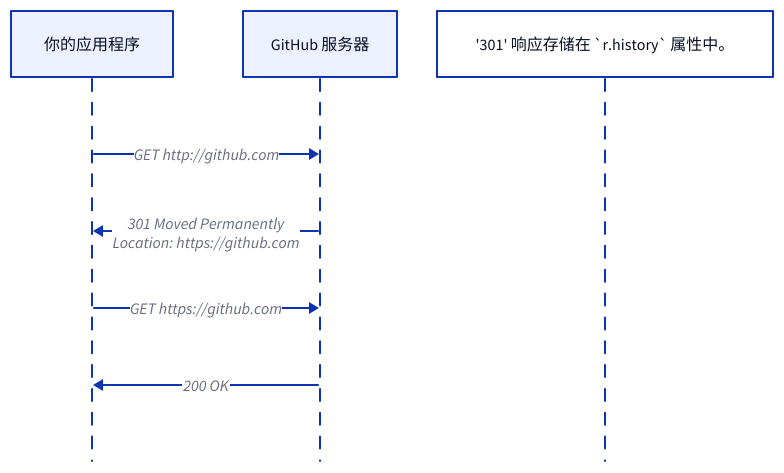
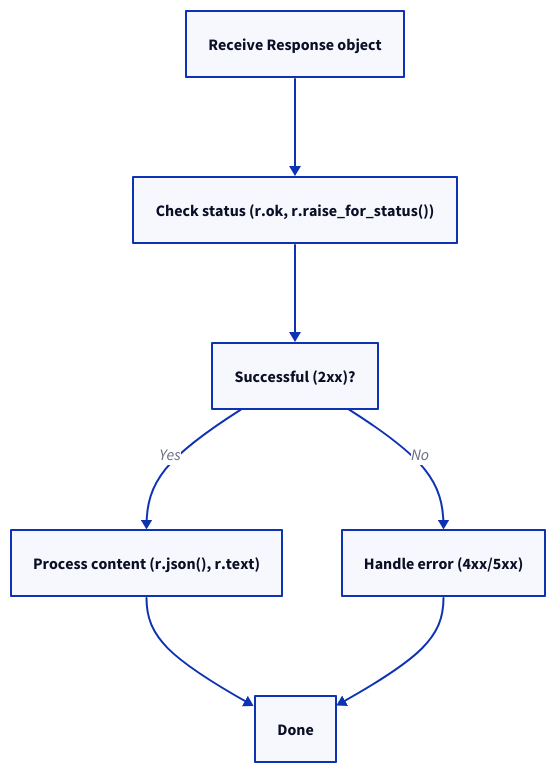
One commit to lban2049/requests changed the diagram in .aigne/doc-smith/docs/user-guide-handling-responses.zh.md. Above: the diagram before and after it, drawn with D2. The commit also changed other lines of this file and 31 other files, not shown here.

````diff
--- a/.aigne/doc-smith/docs/user-guide-handling-responses.zh.md
+++ b/.aigne/doc-smith/docs/user-guide-handling-responses.zh.md
@@ -164,13 +93,17 @@
 ```d2
-shape: sequence_diagram
+direction: down
 
-Client: "你的应用程序"
-Server: "GitHub 服务器"
+response: "Receive Response object"
+check_status: "Check status (r.ok, r.raise_for_status())"
+is_ok: "Successful (2xx)?"
+process: "Process content (r.json(), r.text)"
+handle_error: "Handle error (4xx/5xx)"
+done: "Done"
 
-Client -> Server: "GET http://github.com"
-Server -> Client: "301 Moved Permanently\nLocation: https://github.com"
-Client -> Server: "GET https://github.com"
-Server -> Client: "200 OK"
-
-note over Client, Server: "'301' 响应存储在 `r.history` 属性中。"
+response -> check_status
+check_status -> is_ok
+is_ok -> process: Yes
+is_ok -> handle_error: No
+process -> done
+handle_error -> done
 ```
````
